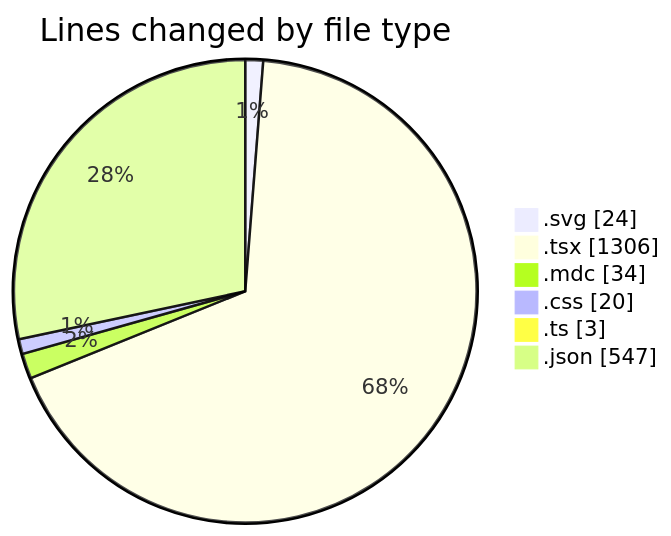
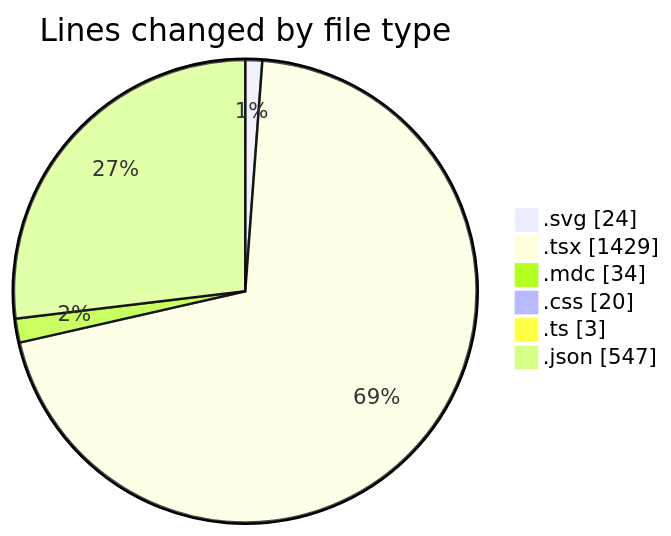
The first of 2 diagrams in 2025-07-18/ribbon/README.md (EIIisD/code-tracking), drawn with Mermaid before and after one commit. The commit also changed other lines of this file and 1 other file, not shown here.

````diff
--- a/2025-07-18/ribbon/README.md
+++ b/2025-07-18/ribbon/README.md
@@ -27,10 +27,10 @@
 ```mermaid
 pie showData
 title Lines changed by file type
 ".svg" : 24
-".tsx" : 1306
+".tsx" : 1429
 ".mdc" : 34
 ".css" : 20
 ".ts" : 3
 ".json" : 547
 ```
````
